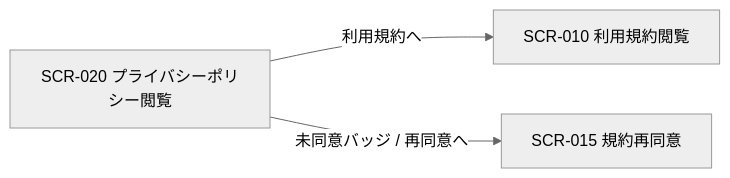
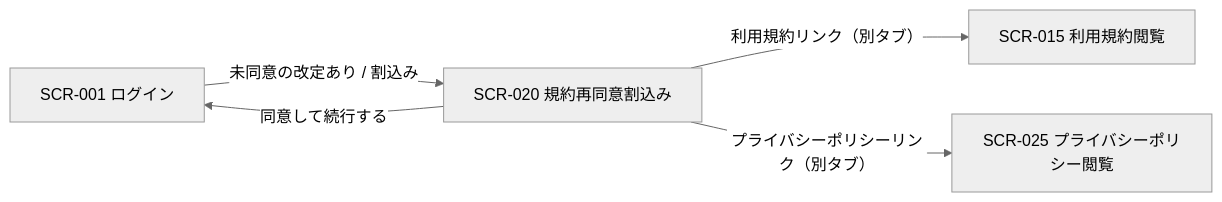
The diagram in 02_basic_design/01_screens/SCR-020.md (sikakou54/open-faq), drawn with Mermaid (neutral theme) before and after one commit. The commit also changed other lines of this file and 617 other files, not shown here.

````diff
--- a/02_basic_design/01_screens/SCR-020.md
+++ b/02_basic_design/01_screens/SCR-020.md
@@ -35,8 +37,11 @@
 ```mermaid
 flowchart LR
-  S1["SCR-020 プライバシーポリシー閲覧"]
-  S2["SCR-010 利用規約閲覧"]
-  S3["SCR-015 規約再同意"]
-  S1 -->|利用規約へ| S2
-  S1 -->|未同意バッジ / 再同意へ| S3
+  S0["SCR-001 ログイン"]
+  S1["SCR-020 規約再同意割込み"]
+  S2["SCR-015 利用規約閲覧"]
+  S3["SCR-025 プライバシーポリシー閲覧"]
+  S0 -->|未同意の改定あり / 割込み| S1
+  S1 -->|利用規約リンク（別タブ）| S2
+  S1 -->|プライバシーポリシーリンク（別タブ）| S3
+  S1 -->|同意して続行する| S0
 ```
````
